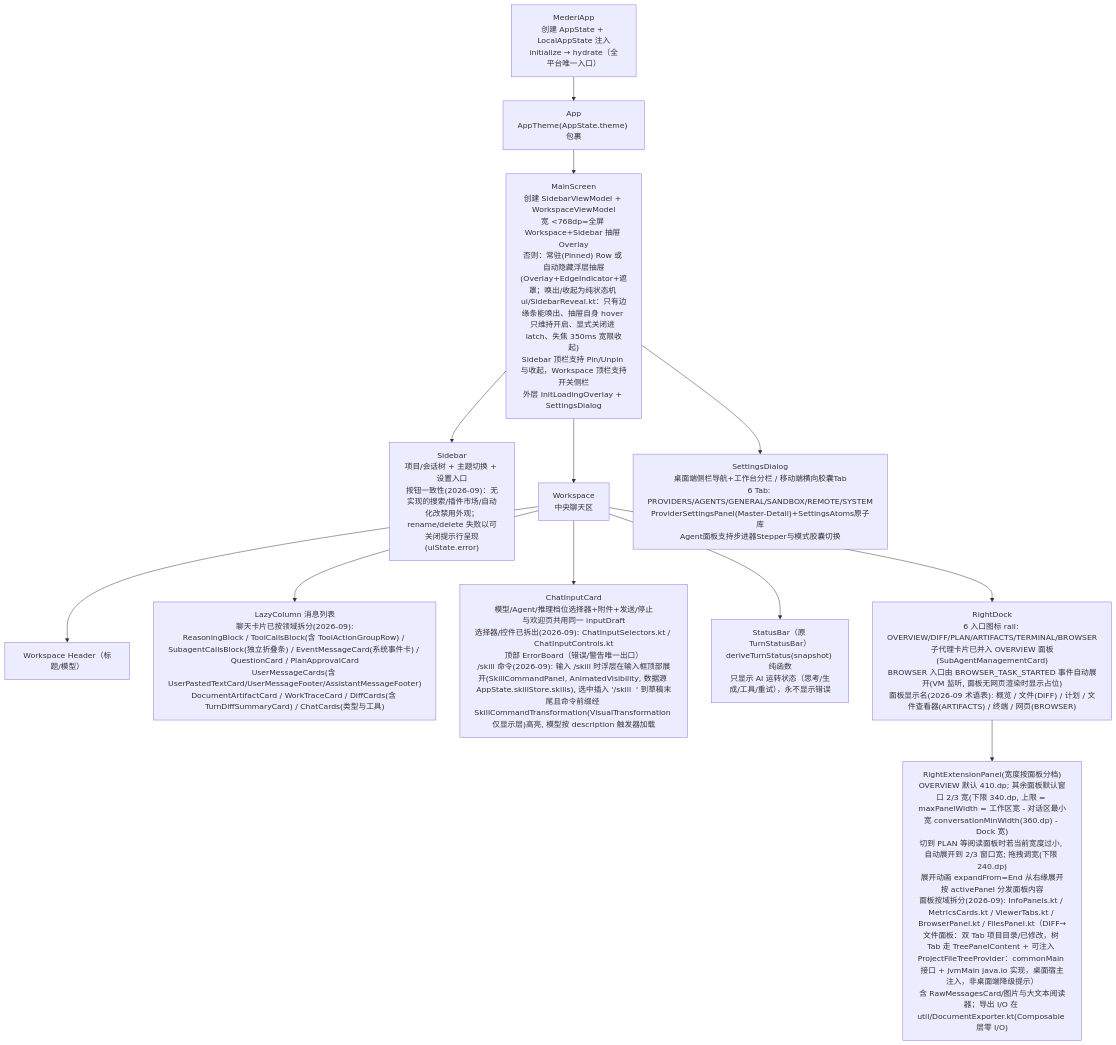
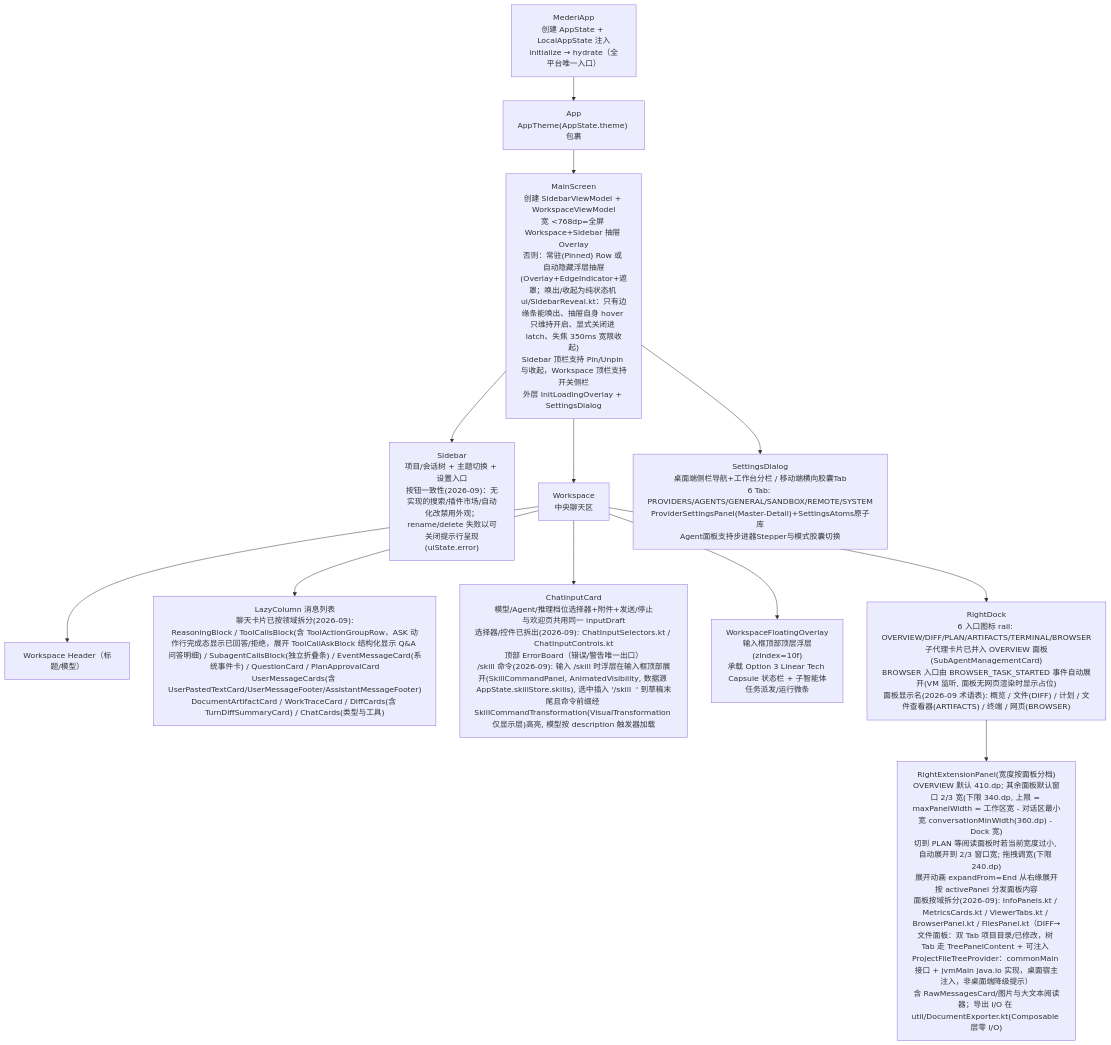
One commit to lzdev42/mederi changed the third of 4 diagrams in docs/architecture/02-app-shared.md. Above: the diagram before and after it, drawn with Mermaid. The commit also changed other lines of this file and 23 other files, not shown here.

````diff
--- a/docs/architecture/02-app-shared.md
+++ b/docs/architecture/02-app-shared.md
@@ -420,24 +426,24 @@
 ```mermaid
 flowchart TD
     MA["MederiApp<br/>创建 AppState + LocalAppState 注入<br/>initialize → hydrate（全平台唯一入口）"]
     APP["App<br/>AppTheme(AppState.theme) 包裹"]
     MS["MainScreen<br/>创建 SidebarViewModel + WorkspaceViewModel<br/>宽 <768dp=全屏 Workspace+Sidebar 抽屉 Overlay<br/>否则：常驻(Pinned) Row 或 自动隐藏浮层抽屉(Overlay+EdgeIndicator+遮罩；唤出/收起为纯状态机 ui/SidebarReveal.kt：只有边缘条能唤出、抽屉自身 hover 只维持开启、显式关闭进 latch、失焦 350ms 宽限收起)<br/>Sidebar 顶栏支持 Pin/Unpin 与收起，Workspace 顶栏支持开关侧栏<br/>外层 InitLoadingOverlay + SettingsDialog"]
     SB["Sidebar<br/>项目/会话树 + 主题切换 + 设置入口<br/>按钮一致性(2026-09)：无实现的搜索/插件市场/自动化改禁用外观；rename/delete 失败以可关闭提示行呈现(uiState.error)"]
     WS["Workspace<br/>中央聊天区"]
     HDR["Workspace Header（标题/模型）"]
-    LIST["LazyColumn 消息列表<br/>聊天卡片已按领域拆分(2026-09):<br/>ReasoningBlock / ToolCallsBlock(含 ToolActionGroupRow) / SubagentCallsBlock(独立折叠条) / EventMessageCard(系统事件卡) / QuestionCard / PlanApprovalCard<br/>UserMessageCards(含 UserPastedTextCard/UserMessageFooter/AssistantMessageFooter)<br/>DocumentArtifactCard / WorkTraceCard / DiffCards(含 TurnDiffSummaryCard) / ChatCards(类型与工具)"]
+    LIST["LazyColumn 消息列表<br/>聊天卡片已按领域拆分(2026-09):<br/>ReasoningBlock / ToolCallsBlock(含 ToolActionGroupRow，ASK 动作行完成态显示已回答/拒绝，展开 ToolCallAskBlock 结构化显示 Q&A 问答明细) / SubagentCallsBlock(独立折叠条) / EventMessageCard(系统事件卡) / QuestionCard / PlanApprovalCard<br/>UserMessageCards(含 UserPastedTextCard/UserMessageFooter/AssistantMessageFooter)<br/>DocumentArtifactCard / WorkTraceCard / DiffCards(含 TurnDiffSummaryCard) / ChatCards(类型与工具)"]
     INPUT["ChatInputCard<br/>模型/Agent/推理档位选择器+附件+发送/停止<br/>与欢迎页共用同一 inputDraft<br/>选择器/控件已拆出(2026-09): ChatInputSelectors.kt / ChatInputControls.kt<br/>顶部 ErrorBoard（错误/警告唯一出口）<br/>/skill 命令(2026-09): 输入 /skill 时浮层在输入框顶部展开(SkillCommandPanel, AnimatedVisibility, 数据源 AppState.skillStore.skills), 选中插入 '/skill <name> ' 到草稿末尾且命令前缀经 SkillCommandTransformation(VisualTransformation 仅显示层)高亮, 模型按 description 触发器加载"]
-    SBAR["StatusBar（原 TurnStatusBar）<br/>deriveTurnStatus(snapshot) 纯函数<br/>只显示 AI 运转状态（思考/生成/工具/重试），永不显示错误"]
+    WFO["WorkspaceFloatingOverlay<br/>输入框顶部顶层浮层(zIndex=10f)<br/>承载 Option 3 Linear Tech Capsule 状态栏 + 子智能体任务派发/运行微条"]
     DOCK["RightDock<br/>6 入口图标 rail: OVERVIEW/DIFF/PLAN/ARTIFACTS/TERMINAL/BROWSER<br/>子代理卡片已并入 OVERVIEW 面板(SubAgentManagementCard)<br/>BROWSER 入口由 BROWSER_TASK_STARTED 事件自动展开(VM 监听, 面板无网页渲染时显示占位)<br/>面板显示名(2026-09 术语表): 概览 / 文件(DIFF) / 计划 / 文件查看器(ARTIFACTS) / 终端 / 网页(BROWSER)"]
     REP["RightExtensionPanel(宽度按面板分档)<br/>OVERVIEW 默认 410.dp; 其余面板默认窗口 2/3 宽(下限 340.dp, 上限 = maxPanelWidth = 工作区宽 - 对话区最小宽 conversationMinWidth(360.dp) - Dock 宽)<br/>切到 PLAN 等阅读面板时若当前宽度过小, 自动展开到 2/3 窗口宽; 拖拽调宽(下限 240.dp)<br/>展开动画 expandFrom=End 从右缘展开<br/>按 activePanel 分发面板内容<br/>面板按域拆分(2026-09): InfoPanels.kt / MetricsCards.kt / ViewerTabs.kt / BrowserPanel.kt / FilesPanel.kt（DIFF→文件面板：双 Tab 项目目录/已修改，树 Tab 走 TreePanelContent + 可注入 ProjectFileTreeProvider：commonMain 接口 + jvmMain java.io 实现，桌面宿主注入，非桌面端降级提示）<br/>含 RawMessagesCard/图片与大文本阅读器；导出 I/O 在 util/DocumentExporter.kt(Composable 层零 I/O)"]
     SD["SettingsDialog<br/>桌面端侧栏导航+工作台分栏 / 移动端横向胶囊Tab<br/>6 Tab: PROVIDERS/AGENTS/GENERAL/SANDBOX/REMOTE/SYSTEM<br/>ProviderSettingsPanel(Master-Detail)+SettingsAtoms原子库<br/>Agent面板支持步进器Stepper与模式胶囊切换"]
     MA --> APP --> MS
     MS --> SB
     MS --> WS
     WS --> HDR
     WS --> LIST
+    WS --> WFO
     WS --> INPUT
-    WS --> SBAR
     WS --> DOCK --> REP
     MS --> SD
 ```
````
